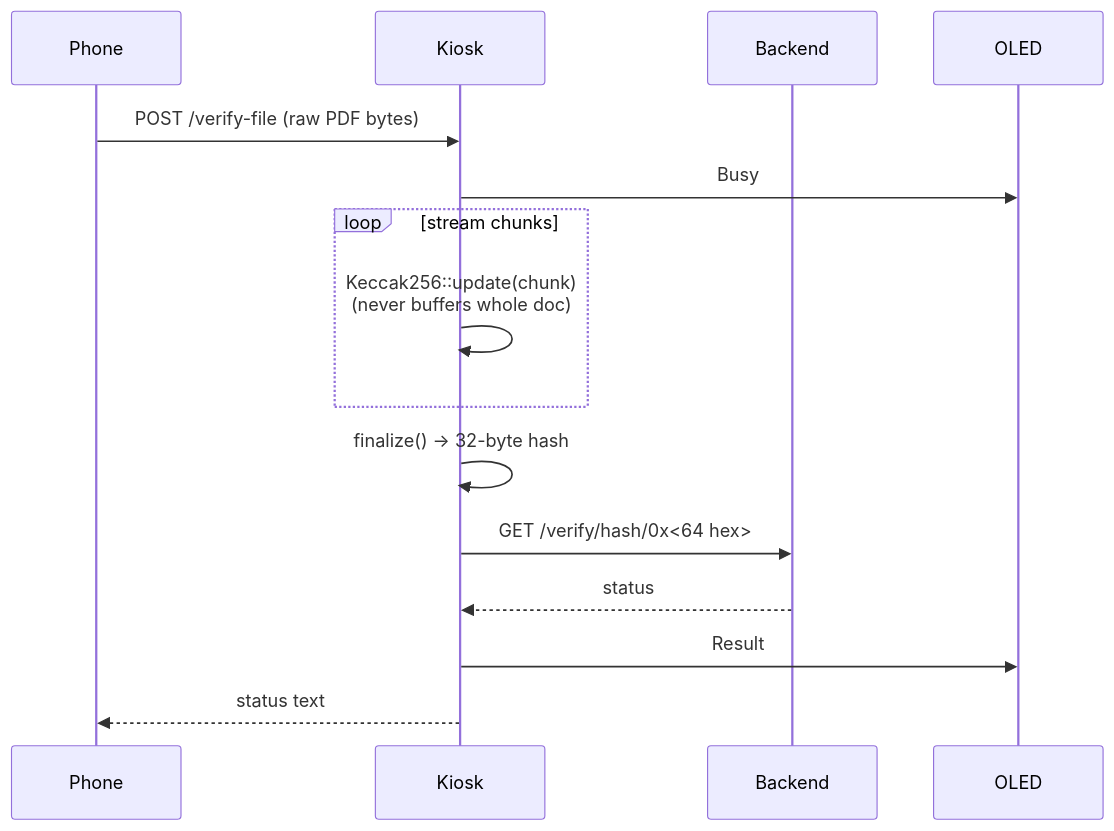
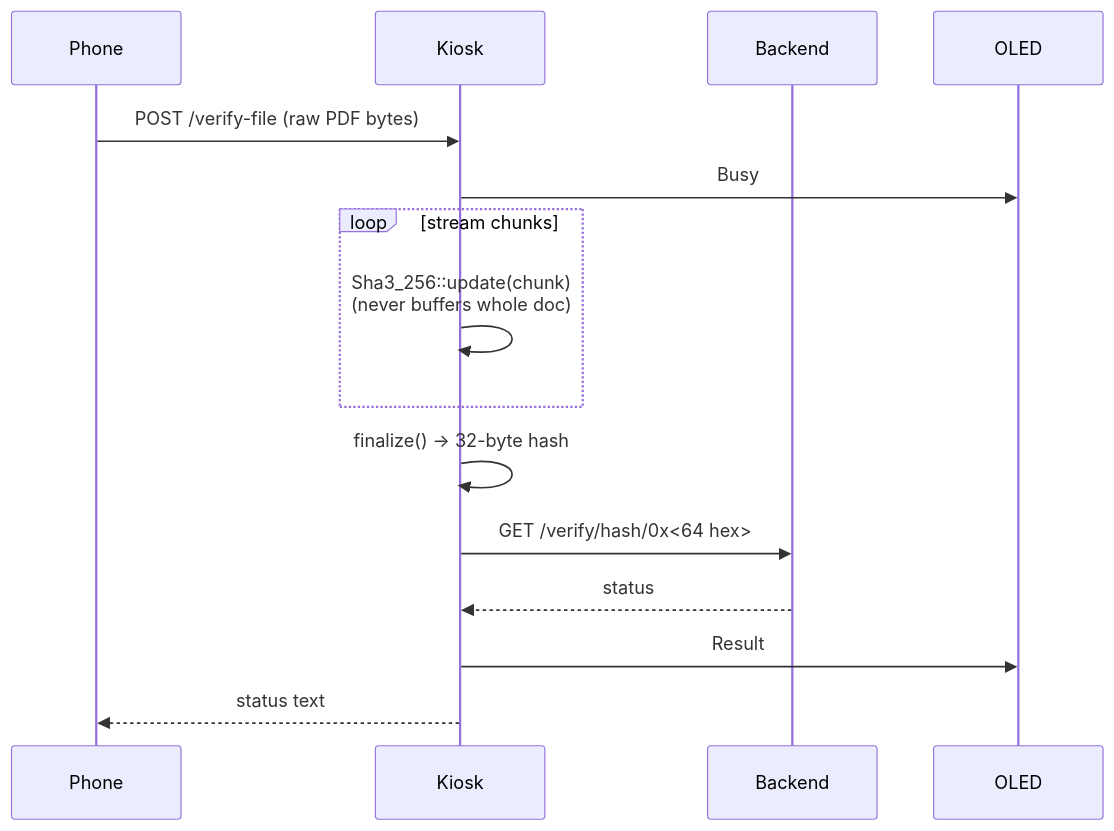
One commit to AdityaK9822/Suraksha-Setu changed the third of 4 diagrams in firmware/FIRMWARE.md. Above: the diagram before and after it, drawn with Mermaid. The commit also changed other lines of this file and 13 other files, not shown here.

````diff
--- a/firmware/FIRMWARE.md
+++ b/firmware/FIRMWARE.md
@@ -84,18 +84,18 @@
 ```mermaid
 sequenceDiagram
     participant Phone
     participant Kiosk
     participant Backend
     participant OLED
 
     Phone->>Kiosk: POST /verify-file (raw PDF bytes)
     Kiosk->>OLED: Busy
     loop stream chunks
-        Kiosk->>Kiosk: Keccak256::update(chunk)<br/>(never buffers whole doc)
+        Kiosk->>Kiosk: Sha3_256::update(chunk)<br/>(never buffers whole doc)
     end
     Kiosk->>Kiosk: finalize() -> 32-byte hash
     Kiosk->>Backend: GET /verify/hash/0x<64 hex>
     Backend-->>Kiosk: status
     Kiosk->>OLED: Result
     Kiosk-->>Phone: status text
 ```
````
